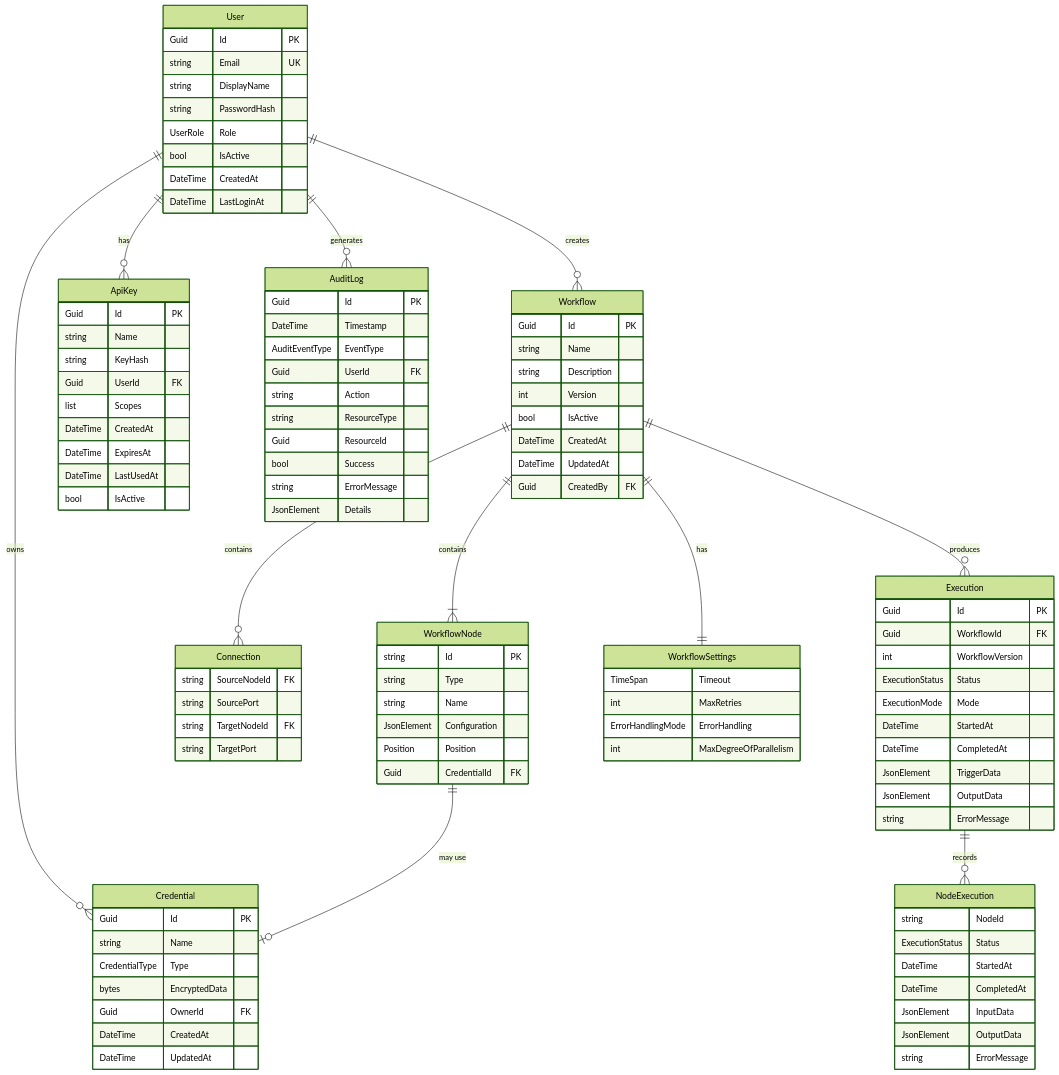
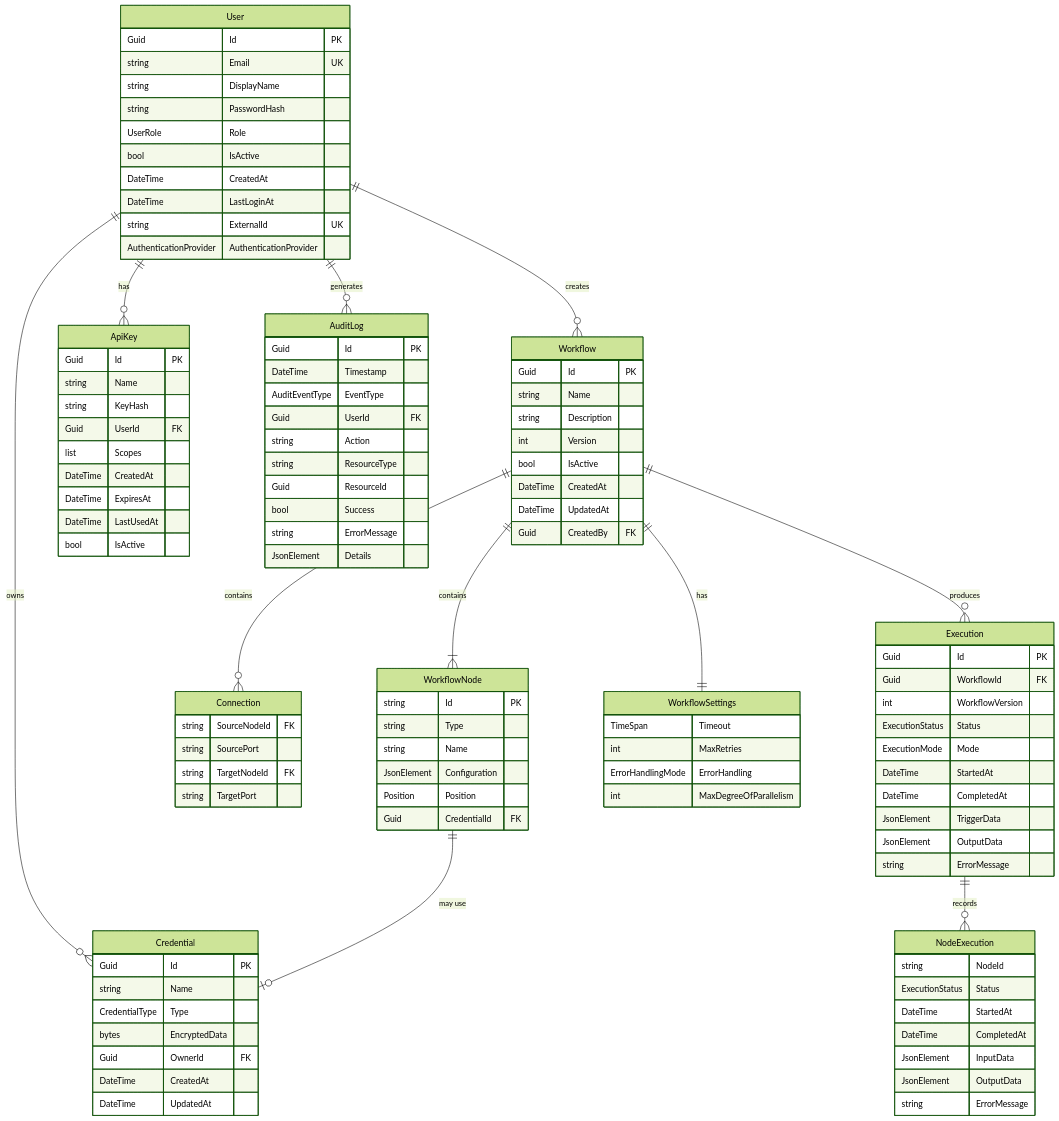
Before and after one commit to homolibere/Vyshyvanka: the first of 2 diagrams in docs/03-domain-model.md, drawn with Mermaid (forest theme). The commit also changed other lines of this file and 28 other files, not shown here.

```diff
--- a/docs/03-domain-model.md
+++ b/docs/03-domain-model.md
@@ -27,6 +27,8 @@
         bool IsActive
         DateTime CreatedAt
         DateTime LastLoginAt
+        string ExternalId UK
+        AuthenticationProvider AuthenticationProvider
     }
 
     Workflow {
```
